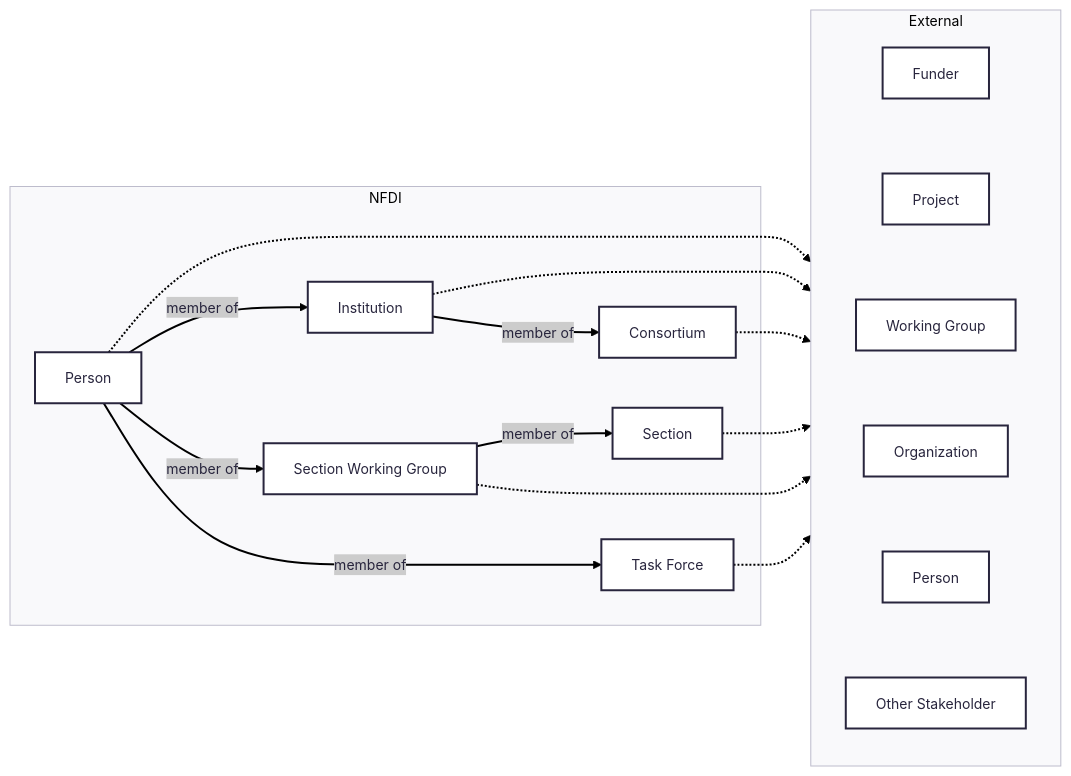
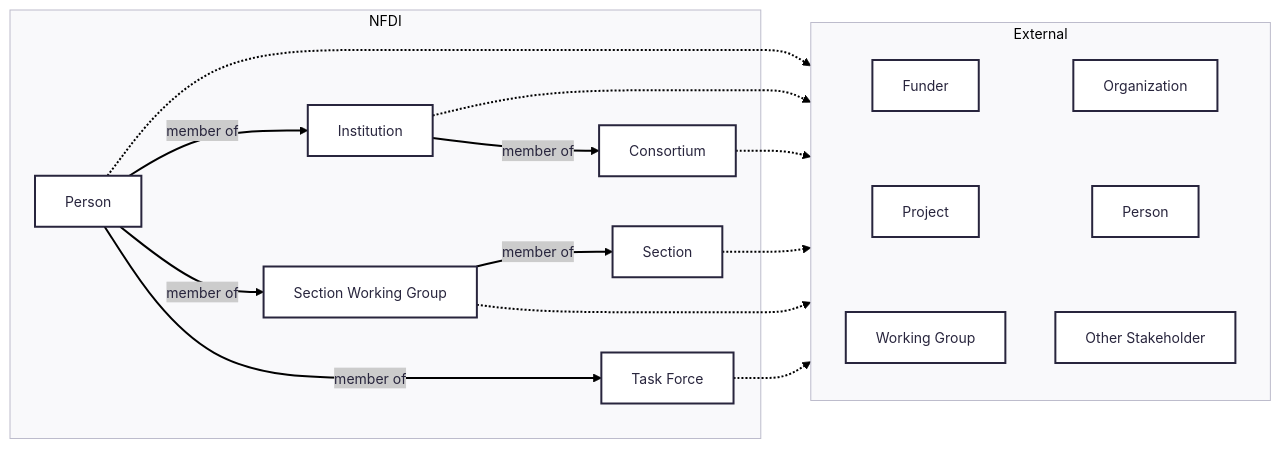
Before and after one commit to nfdi-de/section-int-wg-landscape: the diagram in README.md, drawn with Mermaid.

````diff
--- a/README.md
+++ b/README.md
@@ -19,32 +19,33 @@
 ```mermaid
 ---
 config:
       theme: redux
 ---
 graph LR
 
     internalPerson[Person] -.-> external
     internalInstitution[Institution] -.->  external
     internalConsortium[Consortium] -.-> external
     internalSection[Section] -.-> external
     internalWG[Section Working Group] -.-> external
     internalTF[Task Force] -.-> external
 
     subgraph external [External]
         funder[Funder]
         project[Project]
         workingGroup[Working Group]
         organization[Organization]
         externalPerson[Person]
         externalOther[Other Stakeholder]
 
-        funder ~~~ project ~~~ workingGroup ~~~ organization ~~~ externalPerson ~~~ externalOther
+        funder ~~~ project ~~~ workingGroup
+        organization ~~~ externalPerson ~~~ externalOther
 
     end
 
     subgraph internal [NFDI]
         internalPerson -- member of --> internalInstitution -- member of --> internalConsortium
         internalPerson -- member of --> internalWG -- member of --> internalSection
         internalPerson -- member of --> internalTF
     end
 ```
````
